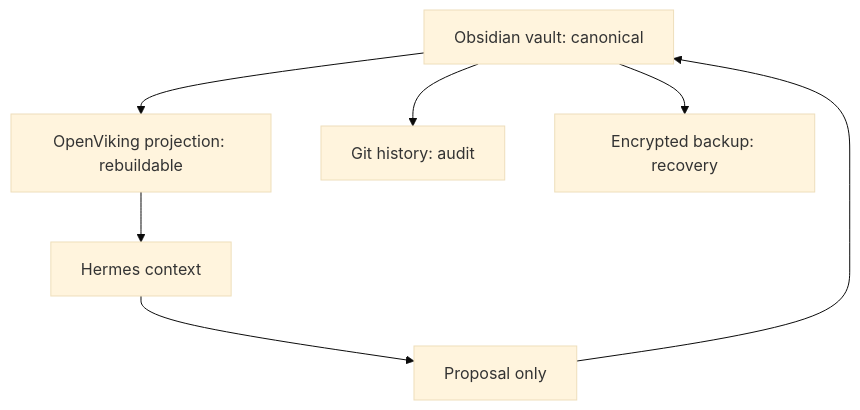
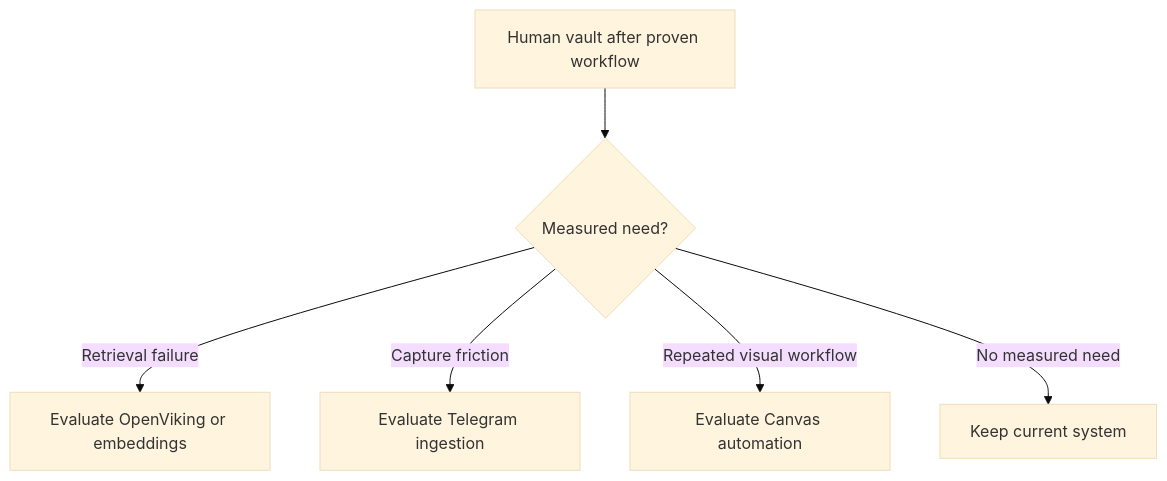
One commit to tienbac2314/north-obsidian-vault changed the sixth of 6 diagrams in docs/architecture/diagrams.md. Above: the diagram before and after it, drawn with Mermaid (base theme). The commit also changed other lines of this file and 71 other files, not shown here.

````diff
--- a/docs/architecture/diagrams.md
+++ b/docs/architecture/diagrams.md
@@ -56,9 +103,8 @@
 ```mermaid
 flowchart TB
-    V["Obsidian vault: canonical"] --> P["OpenViking projection: rebuildable"]
-    V --> G["Git history: audit"]
-    V --> B["Encrypted backup: recovery"]
-    P --> H["Hermes context"]
-    H --> Q["Proposal only"]
-    Q --> V
+    V["Human vault after proven workflow"] --> N{"Measured need?"}
+    N -- "Retrieval failure" --> O["Evaluate OpenViking or embeddings"]
+    N -- "Capture friction" --> T["Evaluate Telegram ingestion"]
+    N -- "Repeated visual workflow" --> C["Evaluate Canvas automation"]
+    N -- "No measured need" --> K["Keep current system"]
 ```
````
